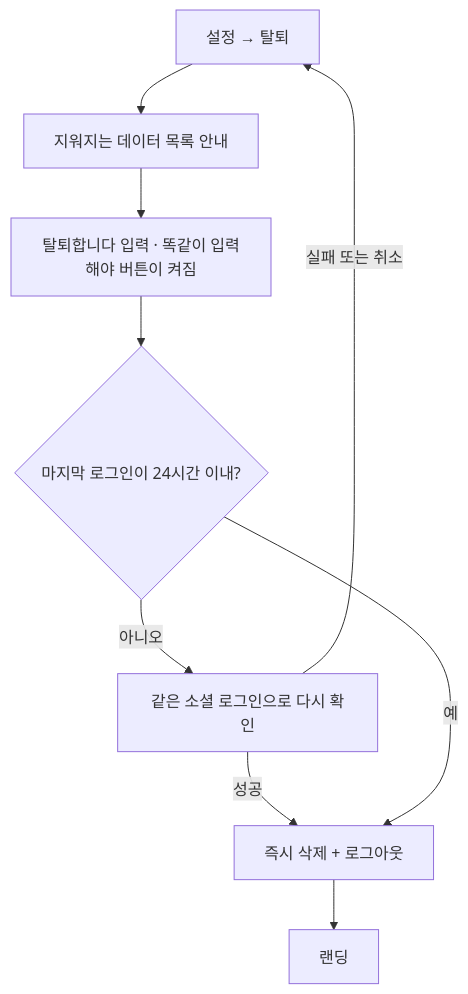
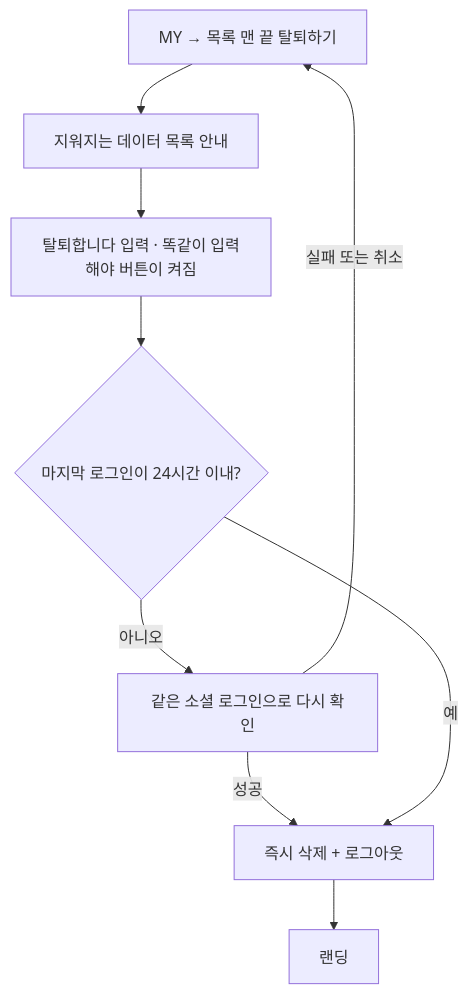
One commit to GREED-YI/tailq changed the sixth of 6 diagrams in docs/05-user-flow.md. Above: the diagram before and after it, drawn with Mermaid. The commit also changed other lines of this file and 3 other files, not shown here.

````diff
--- a/docs/05-user-flow.md
+++ b/docs/05-user-flow.md
@@ -123,11 +136,11 @@
 ```mermaid
 flowchart TD
-  A["설정 → 탈퇴"] --> B["지워지는 데이터 목록 안내"]
+  A["MY → 목록 맨 끝 탈퇴하기"] --> B["지워지는 데이터 목록 안내"]
   B --> C["탈퇴합니다 입력 · 똑같이 입력해야 버튼이 켜짐"]
   C --> D{"마지막 로그인이 24시간 이내?"}
   D -- 아니오 --> E["같은 소셜 로그인으로 다시 확인"]
   E -- 성공 --> F
   E -- 실패 또는 취소 --> A
   D -- 예 --> F["즉시 삭제 + 로그아웃"]
   F --> G["랜딩"]
 ```
````
